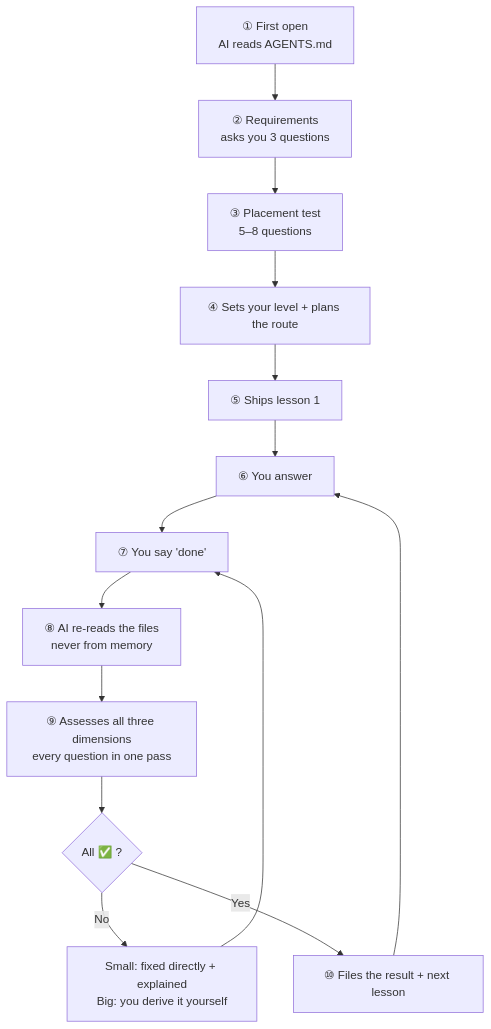
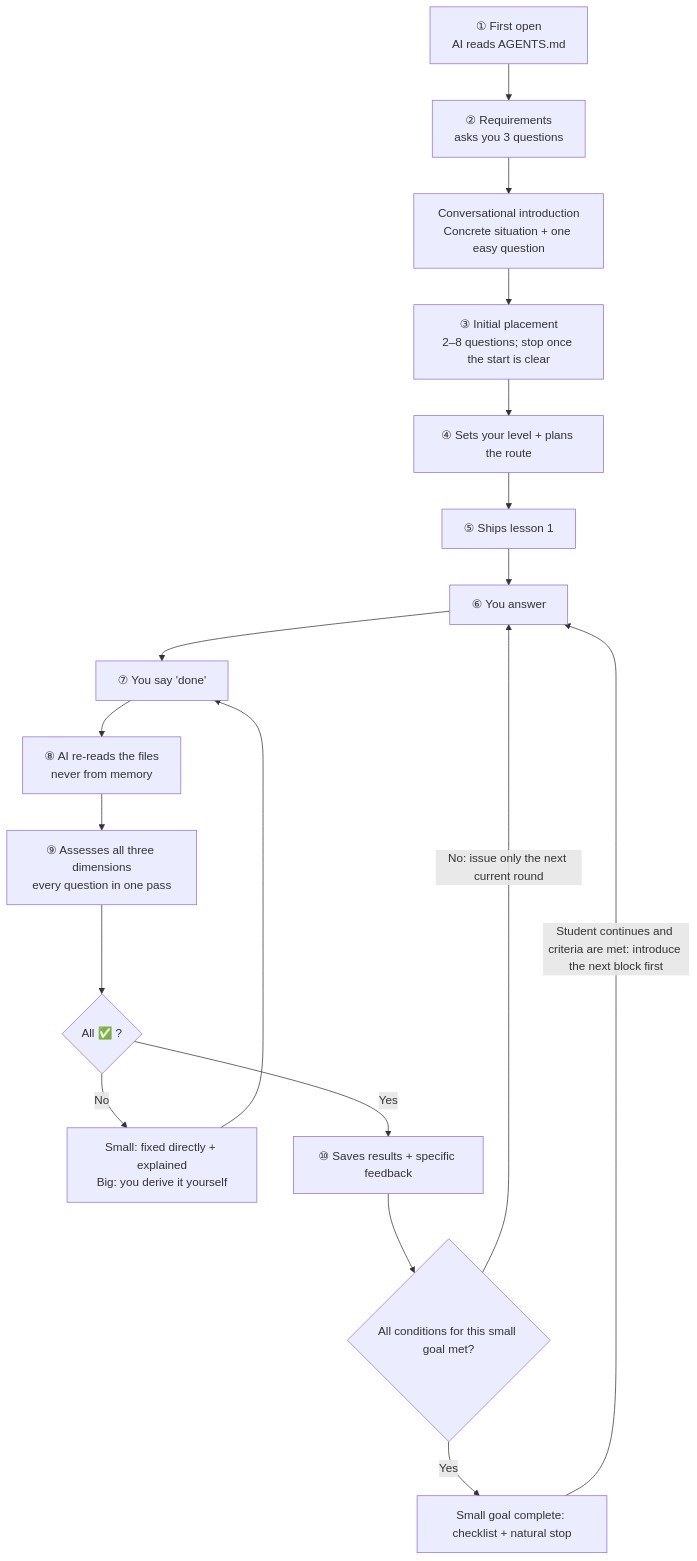
One commit to wildcat430524/StepsToGreat changed the diagram in README.en.md. Above: the diagram before and after it, drawn with Mermaid. The commit also changed other lines of this file and 36 other files, not shown here.

````diff
--- a/README.en.md
+++ b/README.en.md
@@ -262,16 +267,20 @@
 ```mermaid
 flowchart TD
     A["① First open<br/>AI reads AGENTS.md"] --> B["② Requirements<br/>asks you 3 questions"]
-    B --> C["③ Placement test<br/>5–8 questions"]
+    B --> X["Conversational introduction<br/>Concrete situation + one easy question"]
+    X --> C["③ Initial placement<br/>2–8 questions; stop once the start is clear"]
     C --> D["④ Sets your level + plans the route"]
     D --> E["⑤ Ships lesson 1"]
     E --> F["⑥ You answer"]
     F --> G["⑦ You say 'done'"]
     G --> H["⑧ AI re-reads the files<br/>never from memory"]
     H --> I["⑨ Assesses all three dimensions<br/>every question in one pass"]
     I --> J{"All ✅ ?"}
     J -->|"No"| K["Small: fixed directly + explained<br/>Big: you derive it yourself"]
     K --> G
-    J -->|"Yes"| L["⑩ Files the result + next lesson"]
-    L --> F
+    J -->|"Yes"| L["⑩ Saves results + specific feedback"]
+    L --> M{"All conditions for this small goal met?"}
+    M -->|"No: issue only the next current round"| F
+    M -->|"Yes"| S["Small goal complete: checklist + natural stop"]
+    S -->|"Student continues and criteria are met: introduce the next block first"| F
 ```
````
